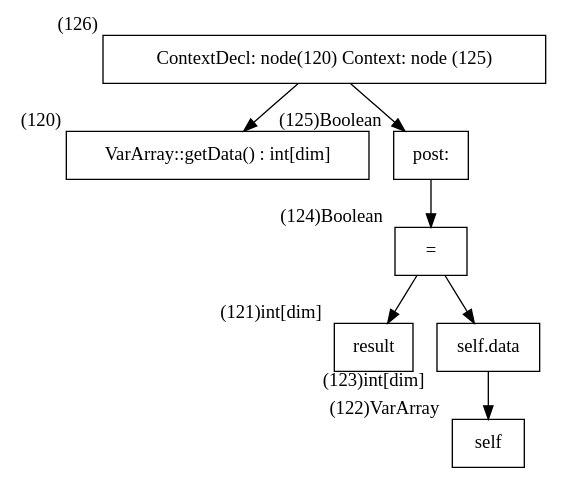
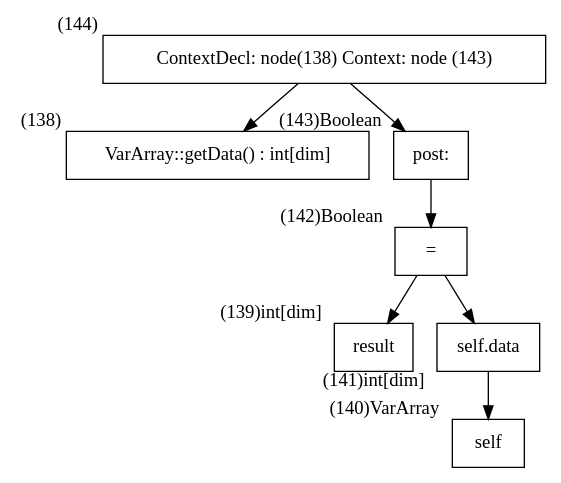
The diagram in output/AST/StaticFixedsizeVarArrays_VarArray_getData_AST.dot (SamHseih/ocl-testcase-generator), drawn with Graphviz before and after one commit. The commit also changed 658 other files, not shown here.

```diff
--- a/output/AST/StaticFixedsizeVarArrays_VarArray_getData_AST.dot
+++ b/output/AST/StaticFixedsizeVarArrays_VarArray_getData_AST.dot
@@ -1,16 +1,16 @@
 digraph AST {
   node [shape=box];
-  n126 [label="ContextDecl: node(120) Context: node (125)", xlabel="(126)"];
-  n126 -> n120;
-  n126 -> n125;
-  n120 [label="VarArray::getData() : int[dim]", xlabel="(120)"];
-  n125 [label=" post:", xlabel="(125)Boolean"];
-  n125 -> n124;
-  n124 [label="=", xlabel="(124)Boolean"];
-  n124 -> n121;
-  n124 -> n123;
-  n121 [label="result", xlabel="(121)int[dim]"];
-  n123 [label="self.data", xlabel="(123)int[dim]"];
-  n123 -> n122;
-  n122 [label="self", xlabel="(122)VarArray"];
+  n144 [label="ContextDecl: node(138) Context: node (143)", xlabel="(144)"];
+  n144 -> n138;
+  n144 -> n143;
+  n138 [label="VarArray::getData() : int[dim]", xlabel="(138)"];
+  n143 [label=" post:", xlabel="(143)Boolean"];
+  n143 -> n142;
+  n142 [label="=", xlabel="(142)Boolean"];
+  n142 -> n139;
+  n142 -> n141;
+  n139 [label="result", xlabel="(139)int[dim]"];
+  n141 [label="self.data", xlabel="(141)int[dim]"];
+  n141 -> n140;
+  n140 [label="self", xlabel="(140)VarArray"];
 }
```
